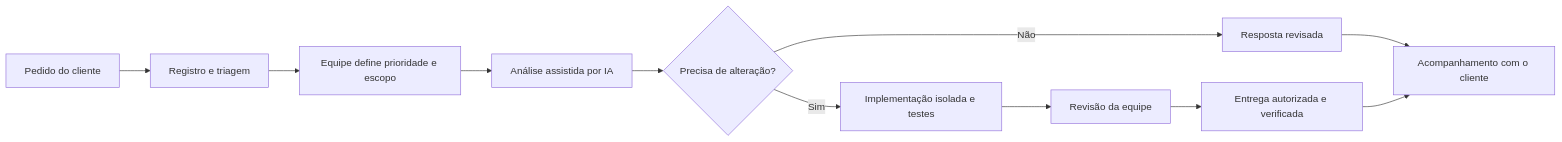
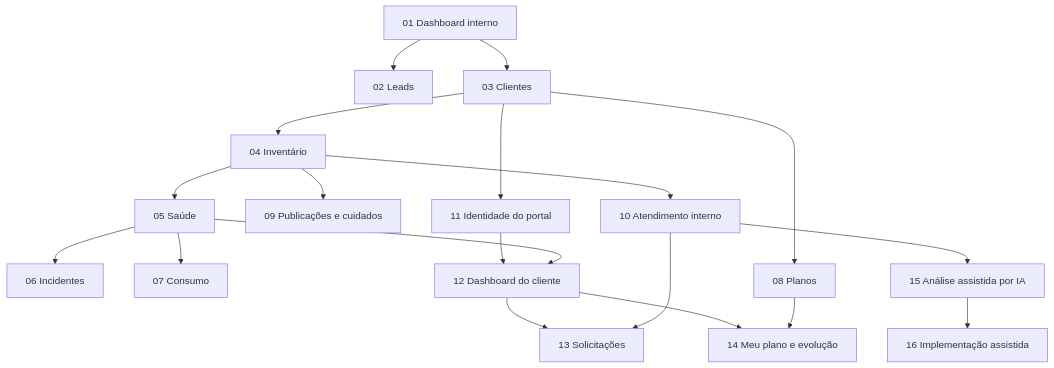
Before and after one commit to diegorafop/olivaw-hub: the diagram in docs/features/painel-administrativo-e-portal-do-cliente.md, drawn with Mermaid. The commit also changed other lines of this file and 32 other files, not shown here.

````diff
--- a/docs/features/painel-administrativo-e-portal-do-cliente.md
+++ b/docs/features/painel-administrativo-e-portal-do-cliente.md
@@ -303,13 +58,21 @@
 ```mermaid
-flowchart LR
-    A[Pedido do cliente] --> B[Registro e triagem]
-    B --> C[Equipe define prioridade e escopo]
-    C --> D[Análise assistida por IA]
-    D --> E{Precisa de alteração?}
-    E -->|Não| F[Resposta revisada]
-    E -->|Sim| G[Implementação isolada e testes]
-    G --> H[Revisão da equipe]
-    H --> I[Entrega autorizada e verificada]
-    F --> J[Acompanhamento com o cliente]
-    I --> J
+flowchart TD
+    A[01 Dashboard interno] --> B[02 Leads]
+    A --> C[03 Clientes]
+    C --> D[04 Inventário]
+    D --> E[05 Saúde]
+    E --> F[06 Incidentes]
+    E --> G[07 Consumo]
+    C --> H[08 Planos]
+    D --> I[09 Publicações e cuidados]
+    D --> J[10 Atendimento interno]
+    C --> K[11 Identidade do portal]
+    K --> L[12 Dashboard do cliente]
+    E --> L
+    L --> M[13 Solicitações]
+    J --> M
+    L --> N[14 Meu plano e evolução]
+    H --> N
+    J --> O[15 Análise assistida por IA]
+    O --> P[16 Implementação assistida]
 ```
````
